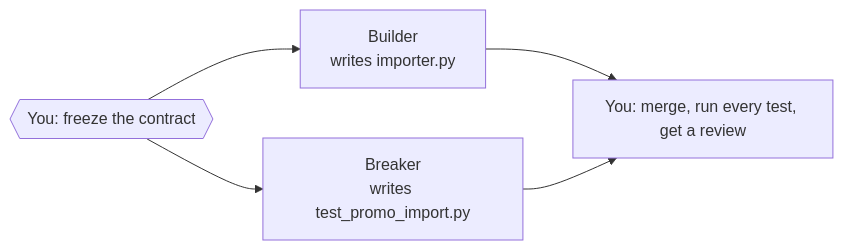
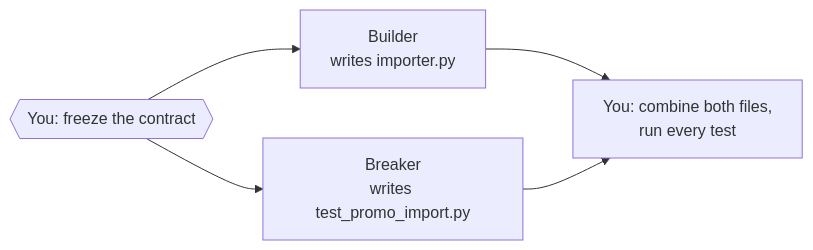
Before and after one commit to varoonsahgal/OC-stuff: the diagram in student/module-1-decomposition.md, drawn with Mermaid. The commit also changed other lines of this file and 16 other files, not shown here.

````diff
--- a/student/module-1-decomposition.md
+++ b/student/module-1-decomposition.md
@@ -57,7 +81,7 @@
 ```mermaid
 flowchart LR
     F{{"You: freeze the contract"}} --> B["Builder<br/>writes importer.py"]
     F --> K["Breaker<br/>writes test_promo_import.py"]
-    B --> M["You: merge, run every test, get a review"]
+    B --> M["You: combine both files,<br/>run every test"]
     K --> M
 ```
````
